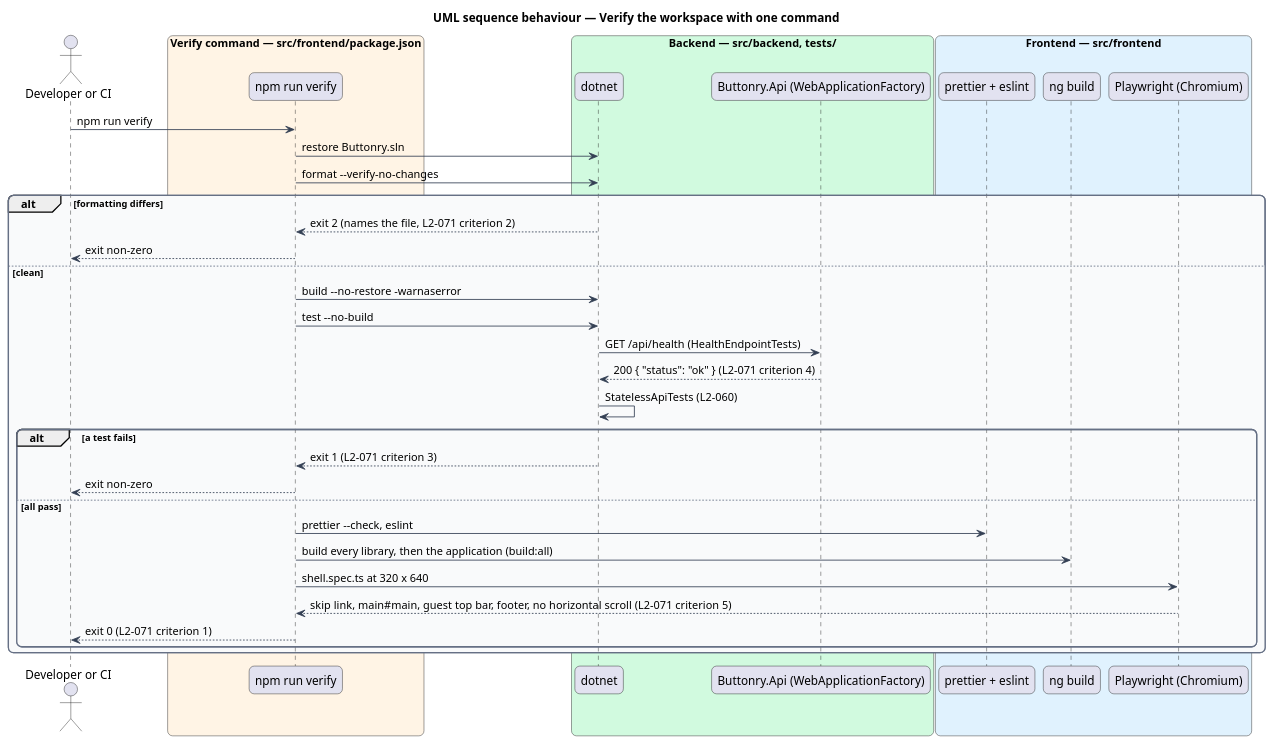
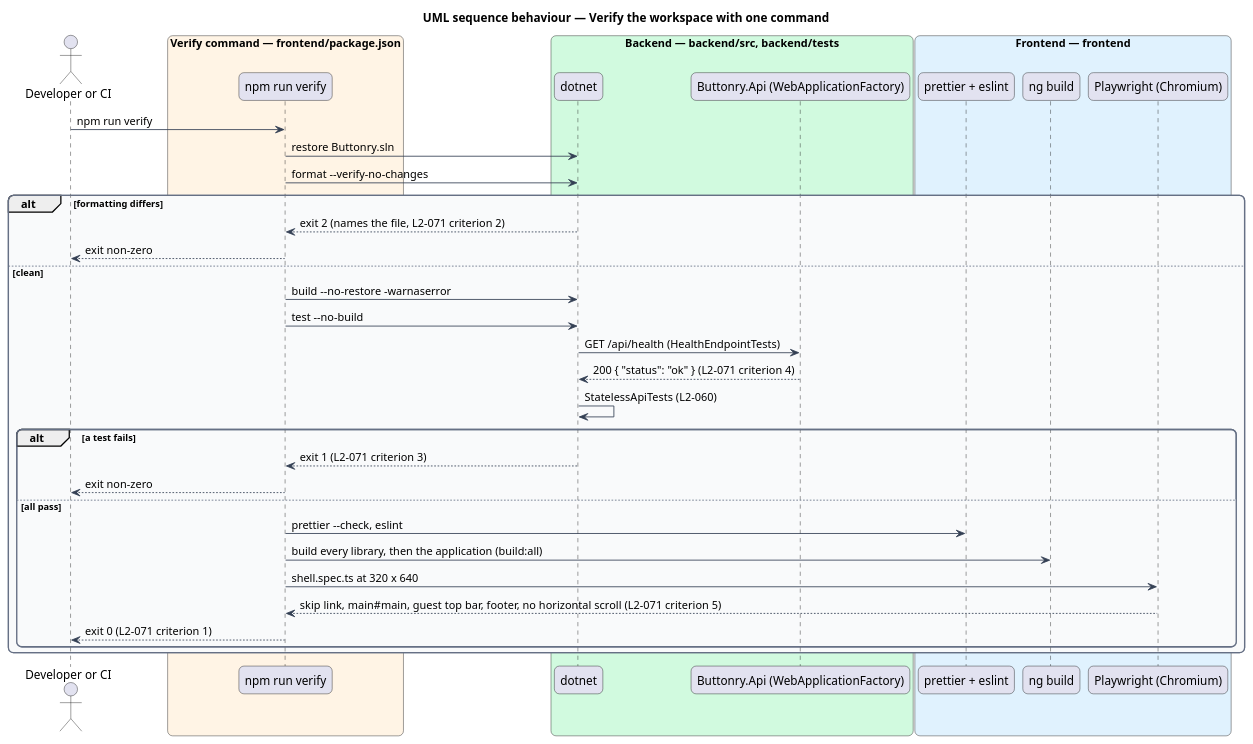
One commit to QuinntyneBrown/buttonry changed the diagram in docs/detailed-designs/platform/set-up-the-workspace/diagrams/sequence-verify.puml. Above: the diagram before and after it, drawn with PlantUML. The commit also changed 921 other files, not shown here.

First line of the commit message:
Move backend into backend/{src,tests} and the frontend into frontend/

```diff
--- a/docs/detailed-designs/platform/set-up-the-workspace/diagrams/sequence-verify.puml
+++ b/docs/detailed-designs/platform/set-up-the-workspace/diagrams/sequence-verify.puml
@@ -1,53 +1,53 @@
 @startuml
 title UML sequence behaviour — Verify the workspace with one command
 skinparam backgroundColor #FFFFFF
 skinparam shadowing false
 skinparam roundcorner 12
 skinparam defaultFontName Arial
 skinparam ArrowColor #344054
 skinparam rectangle {
   BorderColor #344054
   FontColor #101828
 }
 skinparam package {
   BorderColor #667085
   FontColor #101828
   BackgroundColor #F9FAFB
 }
 actor "Developer or CI" as actor
-box "Verify command — src/frontend/package.json" #FFF4E5
+box "Verify command — frontend/package.json" #FFF4E5
   participant "npm run verify" as verify
 end box
-box "Backend — src/backend, tests/" #D1FADF
+box "Backend — backend/src, backend/tests" #D1FADF
   participant "dotnet" as dotnet
   participant "Buttonry.Api (WebApplicationFactory)" as api
 end box
-box "Frontend — src/frontend" #E0F2FE
+box "Frontend — frontend" #E0F2FE
   participant "prettier + eslint" as lint
   participant "ng build" as build
   participant "Playwright (Chromium)" as pw
 end box
 actor -> verify : npm run verify
 verify -> dotnet : restore Buttonry.sln
 verify -> dotnet : format --verify-no-changes
 alt formatting differs
   dotnet --> verify : exit 2 (names the file, L2-071 criterion 2)
   verify --> actor : exit non-zero
 else clean
   verify -> dotnet : build --no-restore -warnaserror
   verify -> dotnet : test --no-build
   dotnet -> api : GET /api/health (HealthEndpointTests)
   api --> dotnet : 200 { "status": "ok" } (L2-071 criterion 4)
   dotnet -> dotnet : StatelessApiTests (L2-060)
   alt a test fails
     dotnet --> verify : exit 1 (L2-071 criterion 3)
     verify --> actor : exit non-zero
   else all pass
     verify -> lint : prettier --check, eslint
     verify -> build : build every library, then the application (build:all)
     verify -> pw : shell.spec.ts at 320 x 640
     pw --> verify : skip link, main#main, guest top bar, footer, no horizontal scroll (L2-071 criterion 5)
     verify --> actor : exit 0 (L2-071 criterion 1)
   end
 end
 @enduml
```
